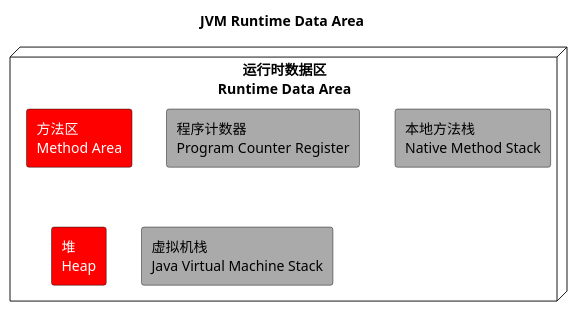
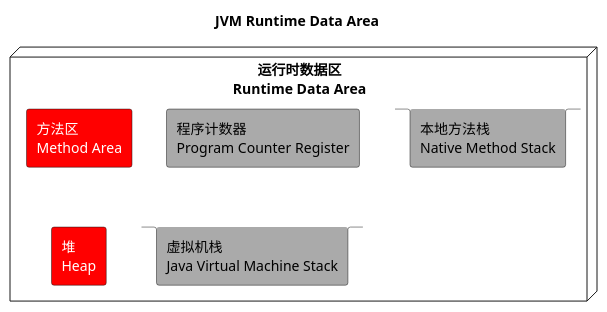
Before and after one commit to zzyandzzy/jdk11: the diagram in learn/src/main/resources/jvm/readme/static/uml/JVM_RuntimeDataArea.puml, drawn with PlantUML. The commit also changed 5 other files, not shown here.

```diff
--- a/learn/src/main/resources/jvm/readme/static/uml/JVM_RuntimeDataArea.puml
+++ b/learn/src/main/resources/jvm/readme/static/uml/JVM_RuntimeDataArea.puml
@@ -1,14 +1,14 @@
 @startuml
 
 
 title JVM Runtime Data Area
 
 node "运行时数据区\nRuntime Data Area" as RuntimeDataArea {
     rectangle "方法区\nMethod Area" as MethodArea #red;text:white
     rectangle "程序计数器\nProgram Counter Register" as PC #aaaaaa;text:black
-    rectangle "本地方法栈\nNative Method Stack" as NativeMethodStack #aaaaaa;text:black
+    stack "本地方法栈\nNative Method Stack" as NativeMethodStack #aaaaaa;text:black
     rectangle "堆\nHeap" as Heap #red;text:white
-    rectangle "虚拟机栈\nJava Virtual Machine Stack" as Stack #aaaaaa;text:black
+    stack "虚拟机栈\nJava Virtual Machine Stack" as Stack #aaaaaa;text:black
 }
 
 @enduml
```
